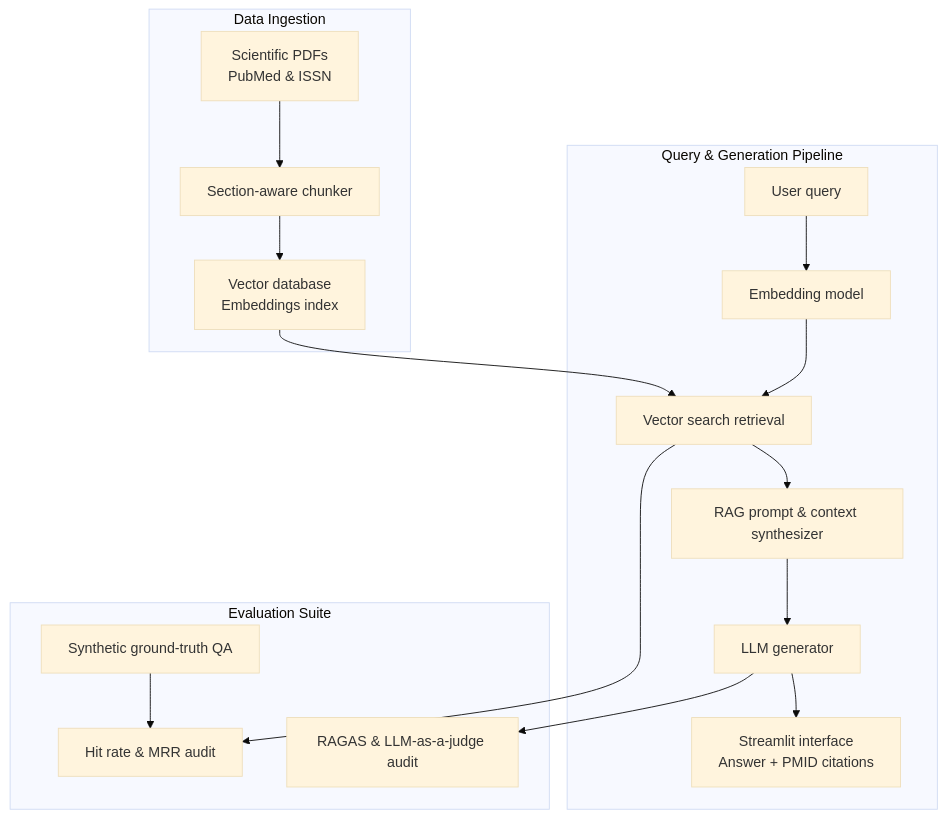
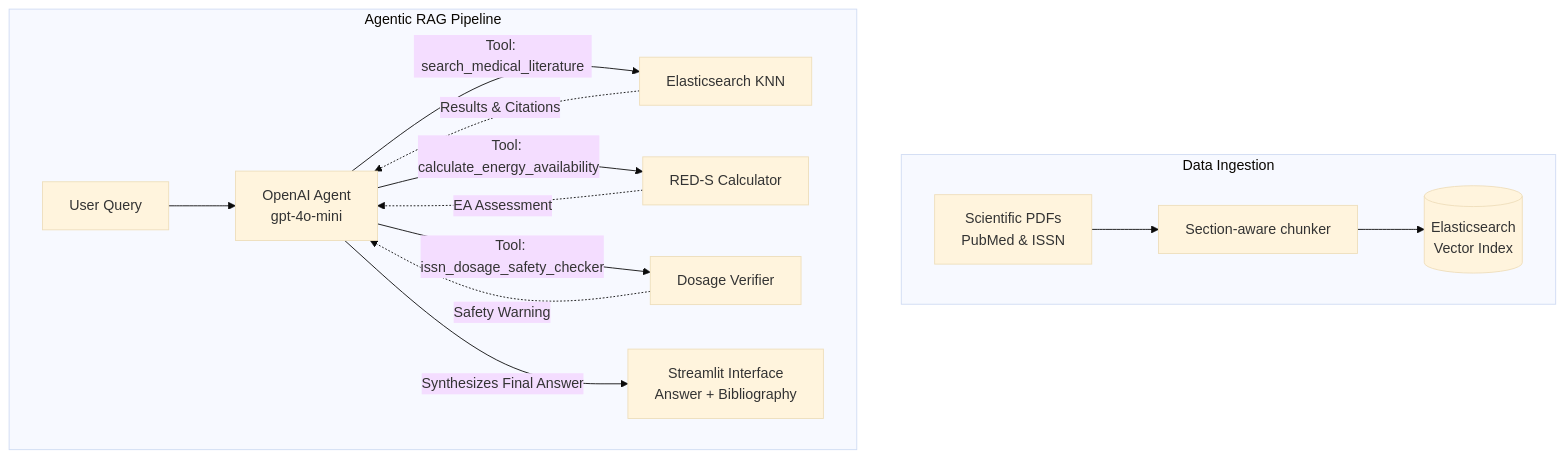
Before and after one commit to red-moonx/LLM-zoomcamp: the diagram in capstone-project/README.md, drawn with Mermaid (base theme). The commit also changed other lines of this file and 1 other file, not shown here.

````diff
--- a/capstone-project/README.md
+++ b/capstone-project/README.md
@@ -29,22 +18,22 @@
 ```mermaid
 flowchart TD
     subgraph Data Ingestion
         A[Scientific PDFs<br/>PubMed & ISSN] --> B[Section-aware chunker]
-        B --> C[Vector database<br/>Embeddings index]
+        B --> C[(Elasticsearch<br/>Vector Index)]
     end
 
-    subgraph Query & Generation Pipeline
-        D[User query] --> E[Embedding model]
-        E --> F[Vector search retrieval]
-        C --> F
-        F --> G[RAG prompt & context synthesizer]
-        G --> H[LLM generator]
-        H --> I[Streamlit interface<br/>Answer + PMID citations]
-    end
-
-    subgraph Evaluation Suite
-        J[Synthetic ground-truth QA] --> K[Hit rate & MRR audit]
-        F --> K
-        H --> L[RAGAS & LLM-as-a-judge audit]
+    subgraph Agentic RAG Pipeline
+        D[User Query] --> E[OpenAI Agent<br/>gpt-4o-mini]
+        
+        E -->|Tool: search_medical_literature| F[Elasticsearch KNN]
+        F -.->|Results & Citations| E
+        
+        E -->|Tool: calculate_energy_availability| G[RED-S Calculator]
+        G -.->|EA Assessment| E
+        
+        E -->|Tool: issn_dosage_safety_checker| H[Dosage Verifier]
+        H -.->|Safety Warning| E
+        
+        E -->|Synthesizes Final Answer| I[Streamlit Interface<br/>Answer + Bibliography]
     end
 ```
````
